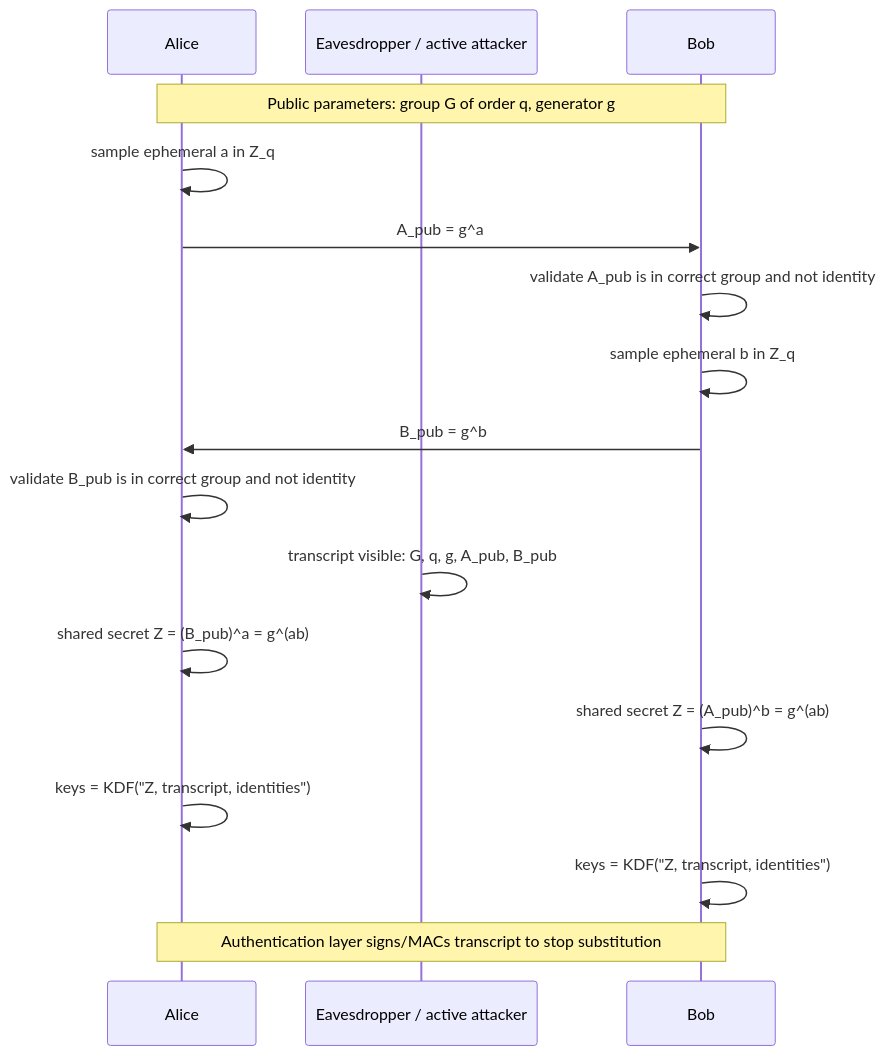
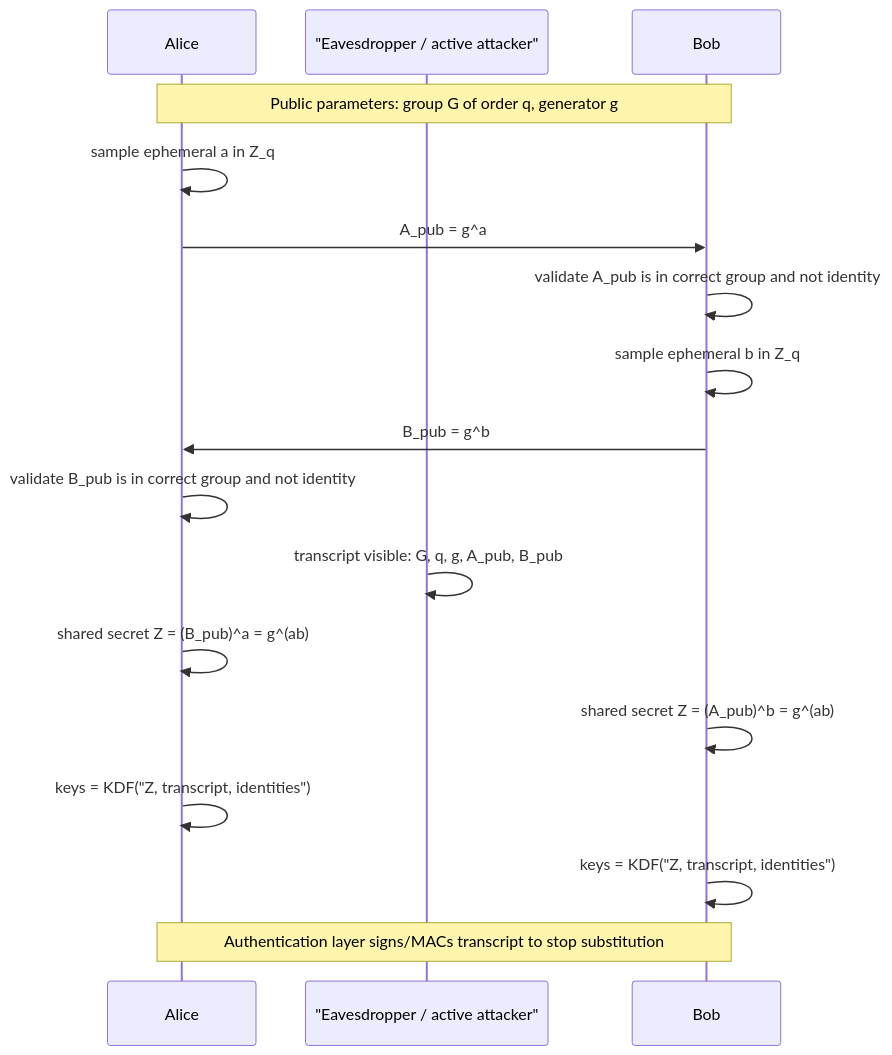
Before and after one commit to justinbrianhwang/SJ-wiki: the diagram in docs/cs/cryptography/discrete-log-diffie-hellman.md, drawn with Mermaid. The commit also changed 126 other files, not shown here.

Commit message:
Image-URL audit: remove 22 broken Wikimedia/GitHub image embeds (HTTP 400/404); add check-image-urls.py + fix-broken-images.py verification tools; final CS Mermaid review applied

````diff
--- a/docs/cs/cryptography/discrete-log-diffie-hellman.md
+++ b/docs/cs/cryptography/discrete-log-diffie-hellman.md
@@ -93,19 +93,19 @@
 ```mermaid
 sequenceDiagram
   participant A as Alice
-  participant E as Eavesdropper / active attacker
+  participant E as "Eavesdropper / active attacker"
   participant B as Bob
   Note over A,B: Public parameters: group G of order q, generator g
   A->>A: sample ephemeral a in Z_q
   A->>B: A_pub = g^a
   B->>B: validate A_pub is in correct group and not identity
   B->>B: sample ephemeral b in Z_q
   B->>A: B_pub = g^b
   A->>A: validate B_pub is in correct group and not identity
   E->>E: transcript visible: G, q, g, A_pub, B_pub
   A->>A: shared secret Z = (B_pub)^a = g^(ab)
   B->>B: shared secret Z = (A_pub)^b = g^(ab)
   A->>A: keys = KDF("Z, transcript, identities")
   B->>B: keys = KDF("Z, transcript, identities")
   Note over A,B: Authentication layer signs/MACs transcript to stop substitution
 ```
````
